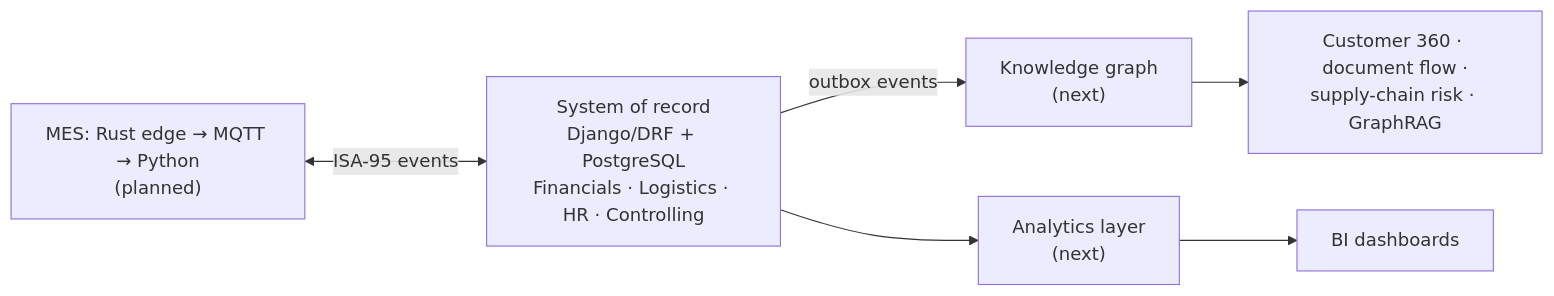
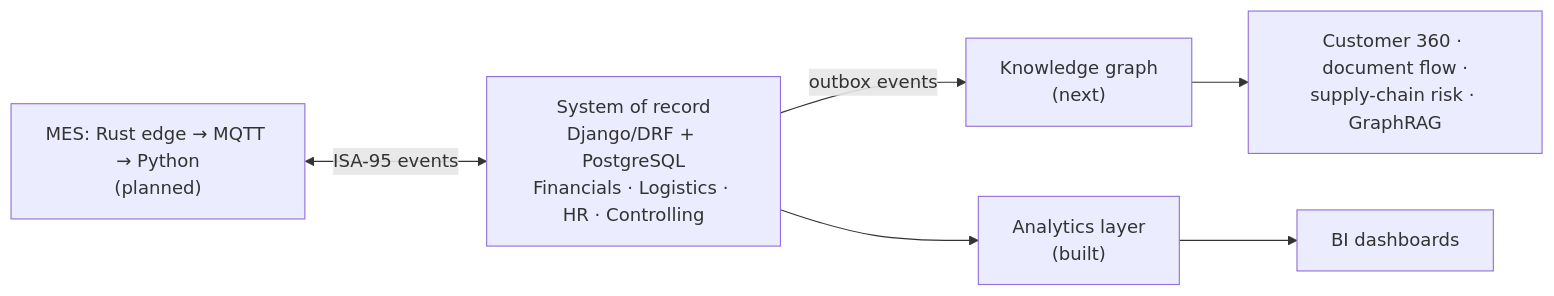
One commit to mokwenaanthony-dev/ERP-Intelligence changed the diagram in README.md. Above: the diagram before and after it, drawn with Mermaid. The commit also changed other lines of this file and 22 other files, not shown here.

Commit message:
Wave 4a: analytics layer (reporting views, financial statements, margins, stock ageing, payroll cost)

````diff
--- a/README.md
+++ b/README.md
@@ -23,8 +23,8 @@
 ```mermaid
 flowchart LR
     MES["MES: Rust edge → MQTT → Python<br/>(planned)"] <-->|ISA-95 events| CORE
     CORE["System of record<br/>Django/DRF + PostgreSQL<br/>Financials · Logistics · HR · Controlling"] -- "outbox events" --> KG["Knowledge graph<br/>(next)"]
-    CORE --> AN["Analytics layer<br/>(next)"]
+    CORE --> AN["Analytics layer<br/>(built)"]
     KG --> AI["Customer 360 · document flow ·<br/>supply-chain risk · GraphRAG"]
     AN --> BI["BI dashboards"]
 ```
````
